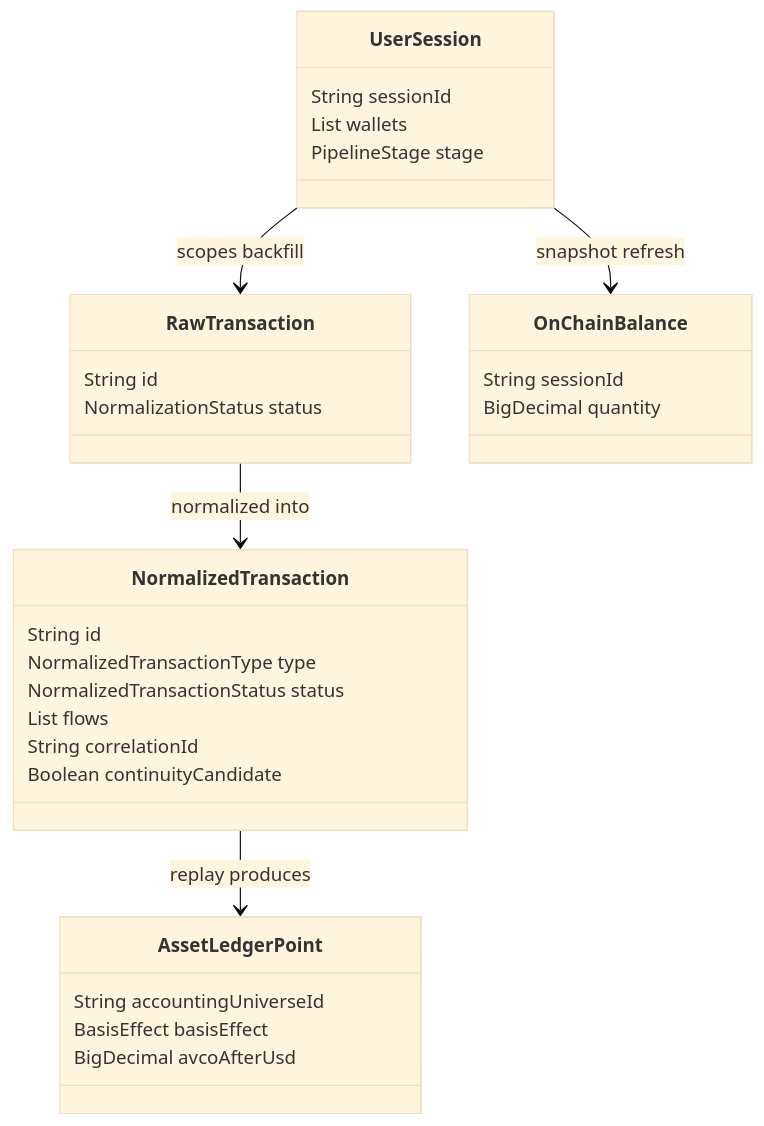
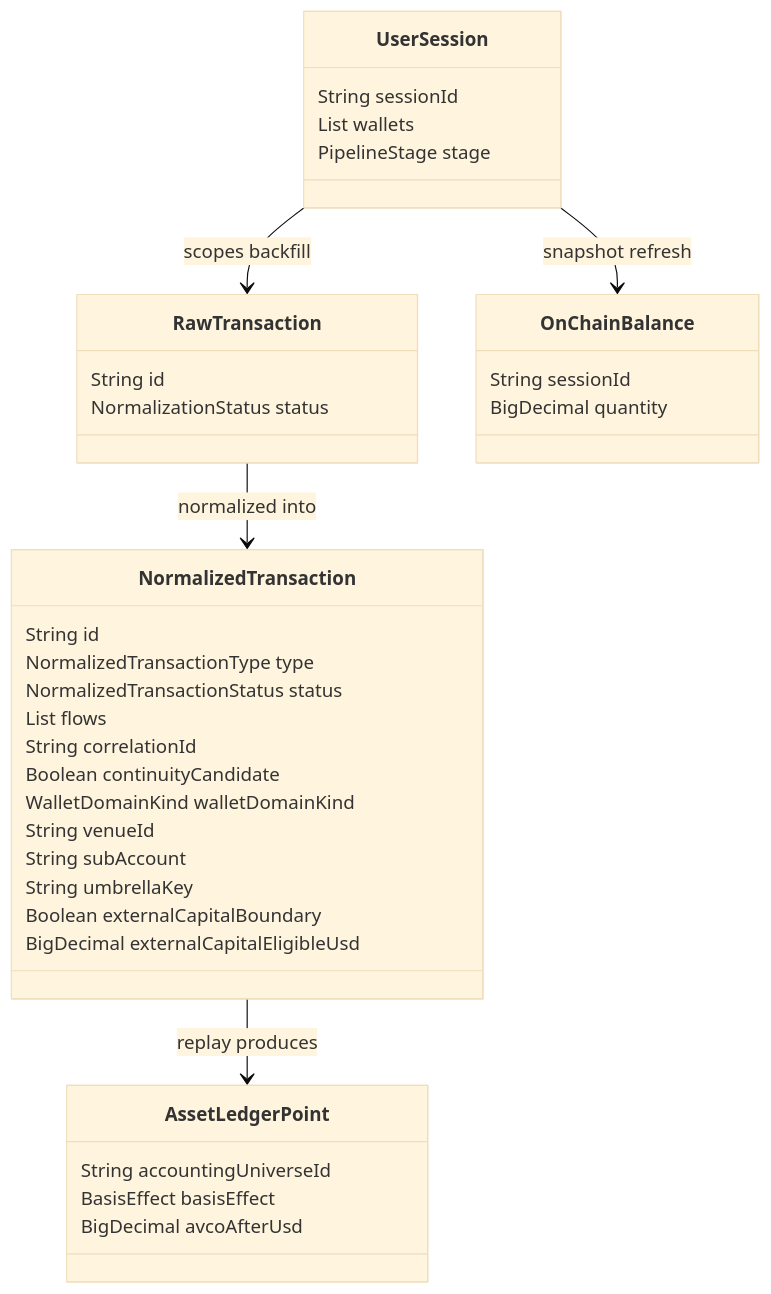
The first of 2 diagrams in docs/overview/04-data-model.md (Volad/wallet-radar), drawn with Mermaid (base theme) before and after one commit. The commit also changed other lines of this file and 494 other files, not shown here.

````diff
--- a/docs/overview/04-data-model.md
+++ b/docs/overview/04-data-model.md
@@ -8,33 +8,39 @@
 ```mermaid
 classDiagram
   class UserSession {
     String sessionId
     List wallets
     PipelineStage stage
   }
   class RawTransaction {
     String id
     NormalizationStatus status
   }
   class NormalizedTransaction {
     String id
     NormalizedTransactionType type
     NormalizedTransactionStatus status
     List flows
     String correlationId
     Boolean continuityCandidate
+    WalletDomainKind walletDomainKind
+    String venueId
+    String subAccount
+    String umbrellaKey
+    Boolean externalCapitalBoundary
+    BigDecimal externalCapitalEligibleUsd
   }
   class AssetLedgerPoint {
     String accountingUniverseId
     BasisEffect basisEffect
     BigDecimal avcoAfterUsd
   }
   class OnChainBalance {
     String sessionId
     BigDecimal quantity
   }
   UserSession --> RawTransaction : scopes backfill
   RawTransaction --> NormalizedTransaction : normalized into
   NormalizedTransaction --> AssetLedgerPoint : replay produces
   UserSession --> OnChainBalance : snapshot refresh
 ```
````
